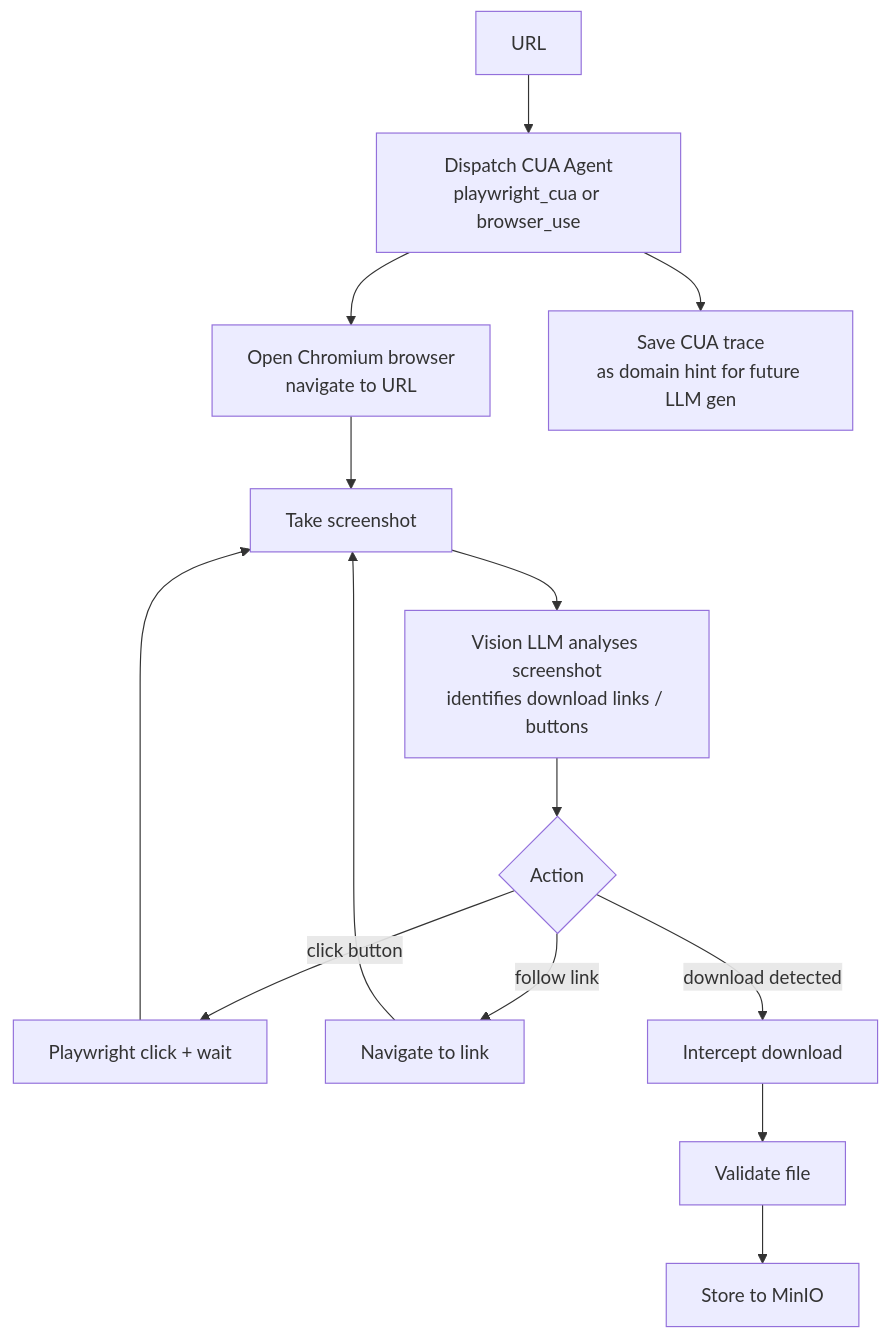
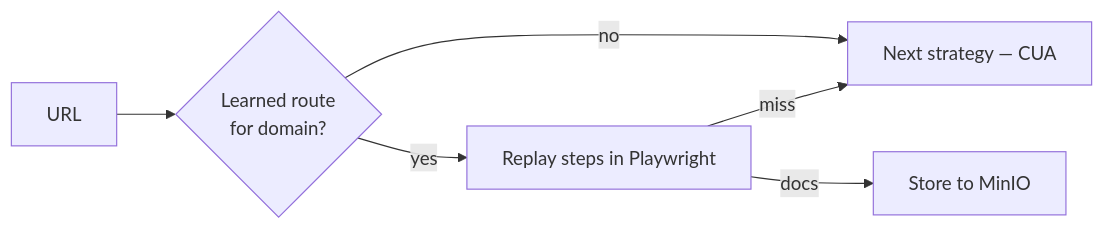
The fifth of 9 diagrams in docs/PIPELINE.md (Siddharthpatni/Project-1), drawn with Mermaid before and after one commit. The commit also changed other lines of this file and 9 other files, not shown here.

````diff
--- a/docs/PIPELINE.md
+++ b/docs/PIPELINE.md
@@ -163,15 +157,8 @@
 ```mermaid
-flowchart TD
-    URL --> AGENT[Dispatch CUA Agent<br/>playwright_cua or browser_use]
-    AGENT --> OPEN[Open Chromium browser<br/>navigate to URL]
-    OPEN --> SS[Take screenshot]
-    SS --> VIS[Vision LLM analyses screenshot<br/>identifies download links / buttons]
-    VIS --> ACT{Action}
-    ACT -- click button --> CLICK[Playwright click + wait]
-    ACT -- follow link --> NAV[Navigate to link]
-    ACT -- download detected --> DL[Intercept download]
-    CLICK & NAV --> SS
-    DL --> VALID[Validate file]
-    VALID --> STORE[Store to MinIO]
-    AGENT --> HINT[Save CUA trace<br/>as domain hint for future LLM gen]
+flowchart LR
+    URL --> LK{Learned route<br/>for domain?}
+    LK -- no --> NEXT[Next strategy — CUA]
+    LK -- yes --> REPLAY[Replay steps in Playwright]
+    REPLAY -- docs --> STORE[Store to MinIO]
+    REPLAY -- miss --> NEXT
 ```
````
